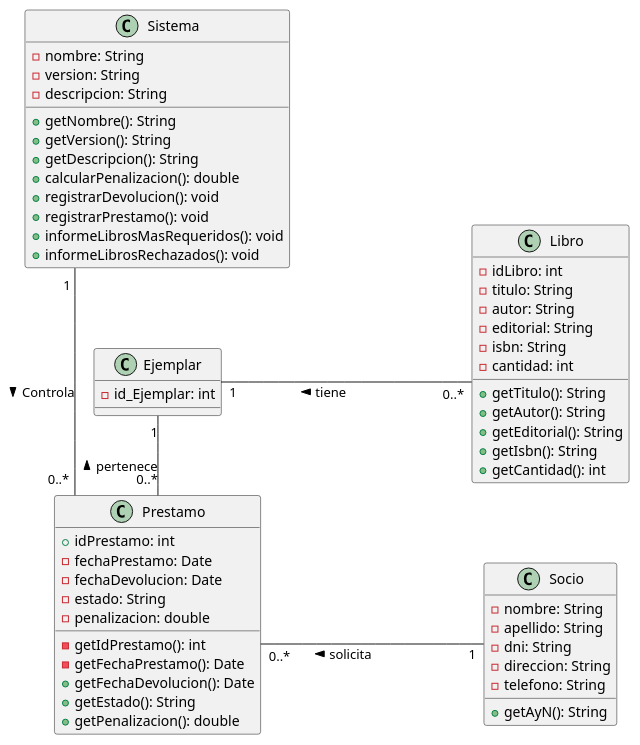
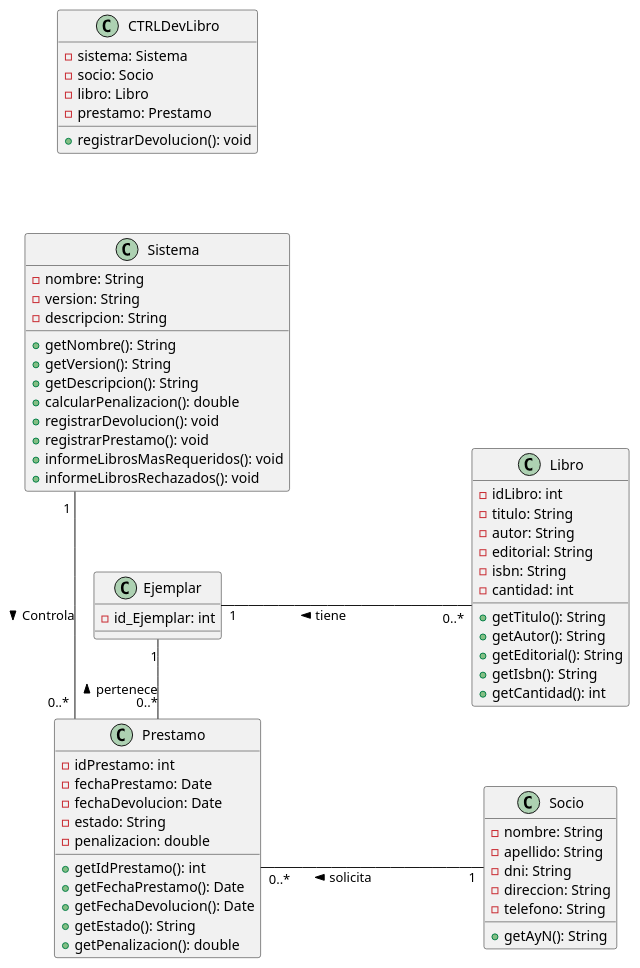
One commit to Z0SO/UML-Practice changed the diagram in Guia_5/Ejercicio 3.md. Above: the diagram before and after it, drawn with PlantUML. The commit also changed other lines of this file and 1 other file, not shown here.

Commit message:
Z0SO bkp -> 2024-06-30 18:04:58

```diff
--- a/Guia_5/Ejercicio 3.md
+++ b/Guia_5/Ejercicio 3.md
@@ -69,14 +69,14 @@
 }
 
 class "Prestamo" {
-    + idPrestamo: int
+    - idPrestamo: int
     - fechaPrestamo: Date
     - fechaDevolucion: Date
     - estado: String
     - penalizacion: double
 
-    - getIdPrestamo(): int
-    - getFechaPrestamo(): Date
+    + getIdPrestamo(): int
+    + getFechaPrestamo(): Date
     + getFechaDevolucion(): Date
     + getEstado(): String
     + getPenalizacion(): double
@@ -84,11 +84,26 @@
 
 class Ejemplar {
     - id_Ejemplar: int
-
 }
 
+
+' Clases aisladas que son CtrlSecion, CtrlDevLibro, UIDevLibro
+
+
+class CTRLDevLibro {
+    - sistema: Sistema
+    - socio: Socio
+    - libro: Libro
+    - prestamo: Prestamo
+
+    + registrarDevolucion(): void
+}
+
+
+
+
 ' class "Bibliotecario" {
-'     + nombre: String
+'     - nombre: String
 '     - apellido: String
 '     - dni: String
 '     - direccion: String
```
